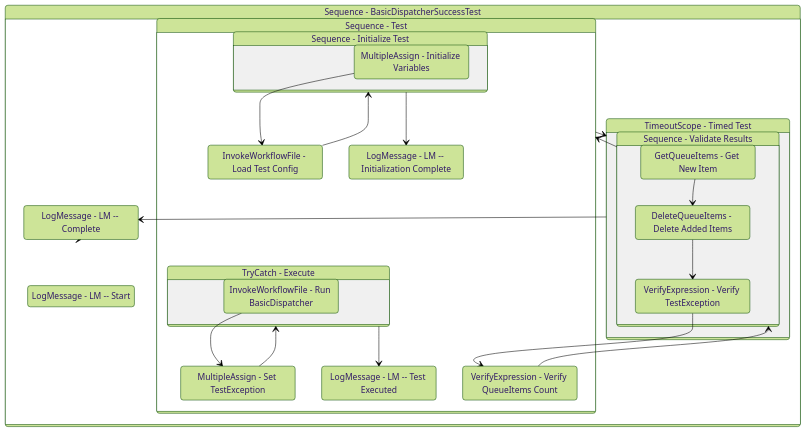
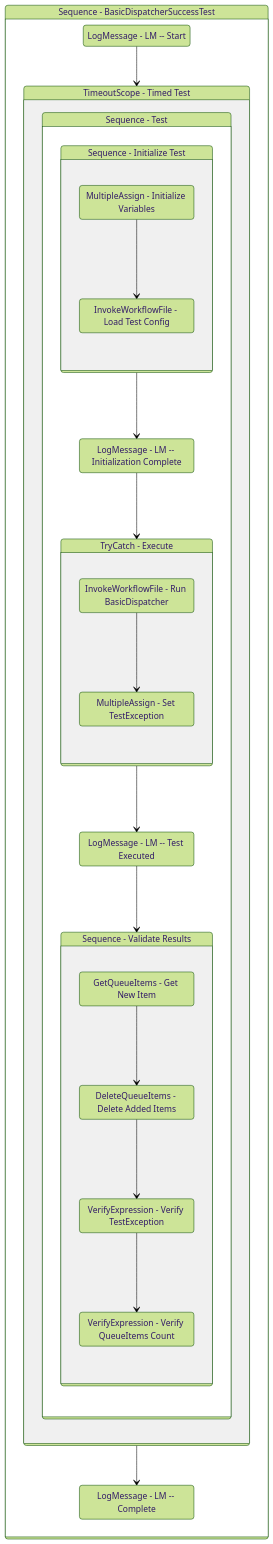
One commit to yashbrahmbhatt/LazyFramework changed the diagram in Documentation/.templates/Dispatchers/Basic/Tests/BasicDispatcherSuccessTest.md. Above: the diagram before and after it, drawn with Mermaid (forest theme). The commit also changed other lines of this file and 83 other files, not shown here.

````diff
--- a/Documentation/.templates/Dispatchers/Basic/Tests/BasicDispatcherSuccessTest.md
+++ b/Documentation/.templates/Dispatchers/Basic/Tests/BasicDispatcherSuccessTest.md
@@ -138,54 +140,54 @@
 ```mermaid
 stateDiagram-v2
+
 
 Sequence_1: Sequence - BasicDispatcherSuccessTest
 state Sequence_1 {
 direction TB
 LogMessage_1 : LogMessage - LM -- Start
+LogMessage_1 --> TimeoutScope_1
 TimeoutScope_1: TimeoutScope - Timed Test
 state TimeoutScope_1 {
 direction TB
+
 Sequence_5: Sequence - Test
 state Sequence_5 {
 direction TB
+
 Sequence_6: Sequence - Initialize Test
 state Sequence_6 {
 direction TB
 MultipleAssign_2 : MultipleAssign - Initialize Variables
 InvokeWorkflowFile_1 : InvokeWorkflowFile - Load Test Config
 MultipleAssign_2 --> InvokeWorkflowFile_1
 }
-InvokeWorkflowFile_1 --> Sequence_6
 LogMessage_2 : LogMessage - LM -- Initialization Complete
 Sequence_6 --> LogMessage_2
+LogMessage_2 --> TryCatch_1
 TryCatch_1: TryCatch - Execute
 state TryCatch_1 {
 direction TB
 InvokeWorkflowFile_2 : InvokeWorkflowFile - Run BasicDispatcher
 MultipleAssign_1 : MultipleAssign - Set TestException
 InvokeWorkflowFile_2 --> MultipleAssign_1
 }
-MultipleAssign_1 --> TryCatch_1
 LogMessage_3 : LogMessage - LM -- Test Executed
 TryCatch_1 --> LogMessage_3
+LogMessage_3 --> Sequence_4
 Sequence_4: Sequence - Validate Results
 state Sequence_4 {
 direction TB
 GetQueueItems_1 : GetQueueItems - Get New Item
 DeleteQueueItems_2 : DeleteQueueItems - Delete Added Items
 GetQueueItems_1 --> DeleteQueueItems_2
 VerifyExpression_6 : VerifyExpression - Verify TestException
 DeleteQueueItems_2 --> VerifyExpression_6
 VerifyExpression_7 : VerifyExpression - Verify QueueItems Count
 VerifyExpression_6 --> VerifyExpression_7
 }
-VerifyExpression_7 --> Sequence_4
 }
-Sequence_4 --> Sequence_5
 }
-Sequence_5 --> TimeoutScope_1
 LogMessage_4 : LogMessage - LM -- Complete
 TimeoutScope_1 --> LogMessage_4
 }
-LogMessage_4 --> Sequence_1
 ```
````
